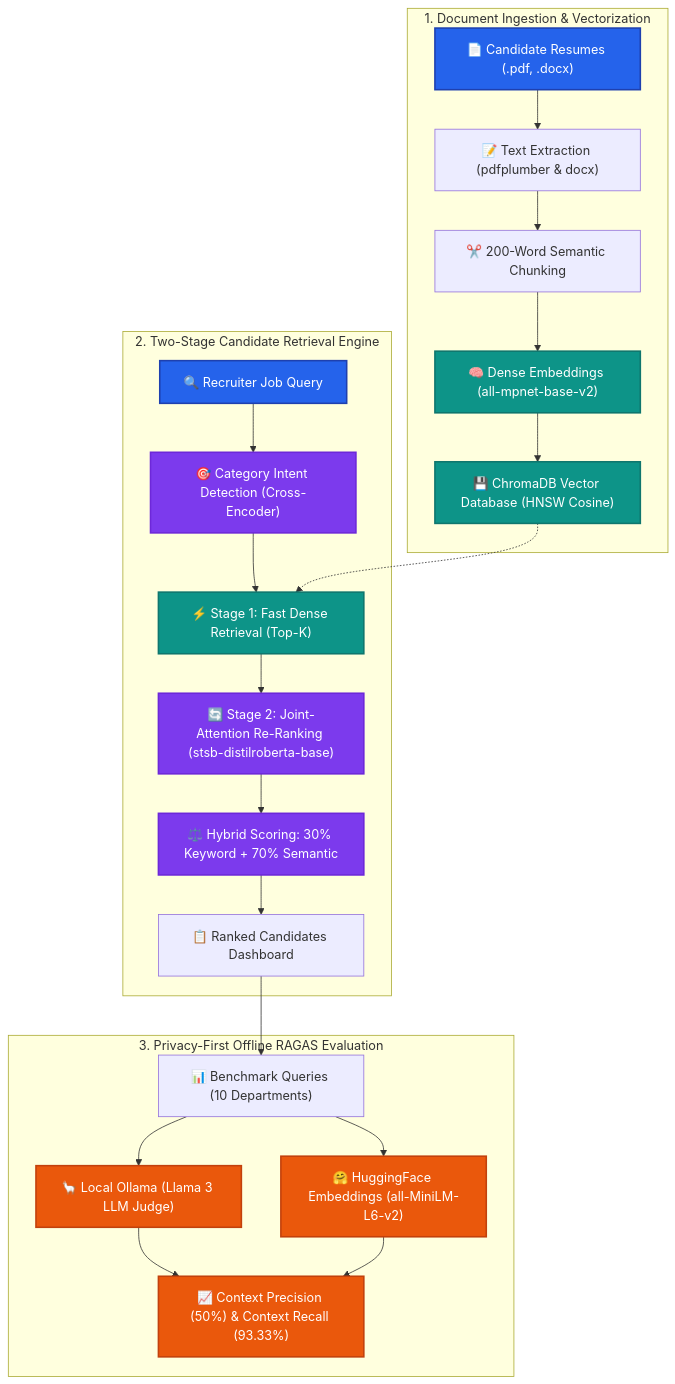
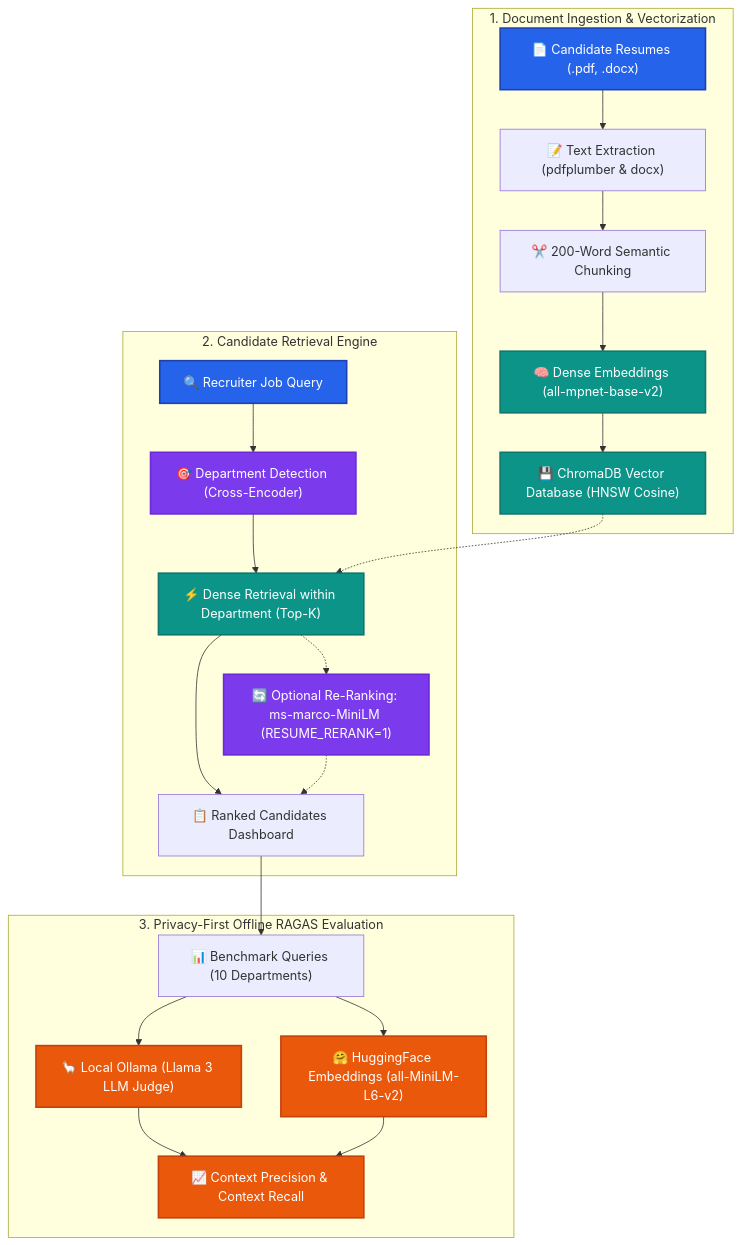
One commit to Shaaan2005/AI-Resume-Screening-and-RAG-Evaluation-System changed the diagram in README.md. Above: the diagram before and after it, drawn with Mermaid. The commit also changed other lines of this file and 12 other files, not shown here.

First line of the commit message:
feat: add retrieval benchmark; make re-ranking opt-in based on results

````diff
--- a/README.md
+++ b/README.md
@@ -41,32 +41,32 @@
 ```mermaid
 flowchart TD
     classDef input fill:#2563EB,stroke:#1E40AF,stroke-width:2px,color:#fff;
     classDef stage1 fill:#0D9488,stroke:#0F766E,stroke-width:2px,color:#fff;
     classDef stage2 fill:#7C3AED,stroke:#6D28D9,stroke-width:2px,color:#fff;
     classDef eval fill:#EA580C,stroke:#C2410C,stroke-width:2px,color:#fff;
     classDef security fill:#475569,stroke:#334155,stroke-width:2px,color:#fff;
 
     subgraph INGESTION ["1. Document Ingestion & Vectorization"]
         A["📄 Candidate Resumes (.pdf, .docx)"]:::input --> B["📝 Text Extraction (pdfplumber & docx)"]
         B --> C["✂️ 200-Word Semantic Chunking"]
         C --> D["🧠 Dense Embeddings (all-mpnet-base-v2)"]:::stage1
         D --> E["💾 ChromaDB Vector Database (HNSW Cosine)"]:::stage1
     end
 
-    subgraph RETRIEVAL ["2. Two-Stage Candidate Retrieval Engine"]
-        F["🔍 Recruiter Job Query"]:::input --> G["🎯 Category Intent Detection (Cross-Encoder)"]:::stage2
-        G --> H["⚡ Stage 1: Fast Dense Retrieval (Top-K)"]:::stage1
+    subgraph RETRIEVAL ["2. Candidate Retrieval Engine"]
+        F["🔍 Recruiter Job Query"]:::input --> G["🎯 Department Detection (Cross-Encoder)"]:::stage2
+        G --> H["⚡ Dense Retrieval within Department (Top-K)"]:::stage1
         E -.-> H
-        H --> I["🔄 Stage 2: Joint-Attention Re-Ranking (stsb-distilroberta-base)"]:::stage2
-        I --> J["⚖️ Hybrid Scoring: 30% Keyword + 70% Semantic"]:::stage2
-        J --> K["📋 Ranked Candidates Dashboard"]
+        H --> K["📋 Ranked Candidates Dashboard"]
+        H -.-> I["🔄 Optional Re-Ranking: ms-marco-MiniLM (RESUME_RERANK=1)"]:::stage2
+        I -.-> K
     end
 
     subgraph EVALUATION ["3. Privacy-First Offline RAGAS Evaluation"]
         K --> L["📊 Benchmark Queries (10 Departments)"]
         L --> M["🦙 Local Ollama (Llama 3 LLM Judge)"]:::eval
         L --> N["🤗 HuggingFace Embeddings (all-MiniLM-L6-v2)"]:::eval
-        M --> O["📈 Context Precision (50%) & Context Recall (93.33%)"]:::eval
+        M --> O["📈 Context Precision & Context Recall"]:::eval
         N --> O
     end
 ```
````
